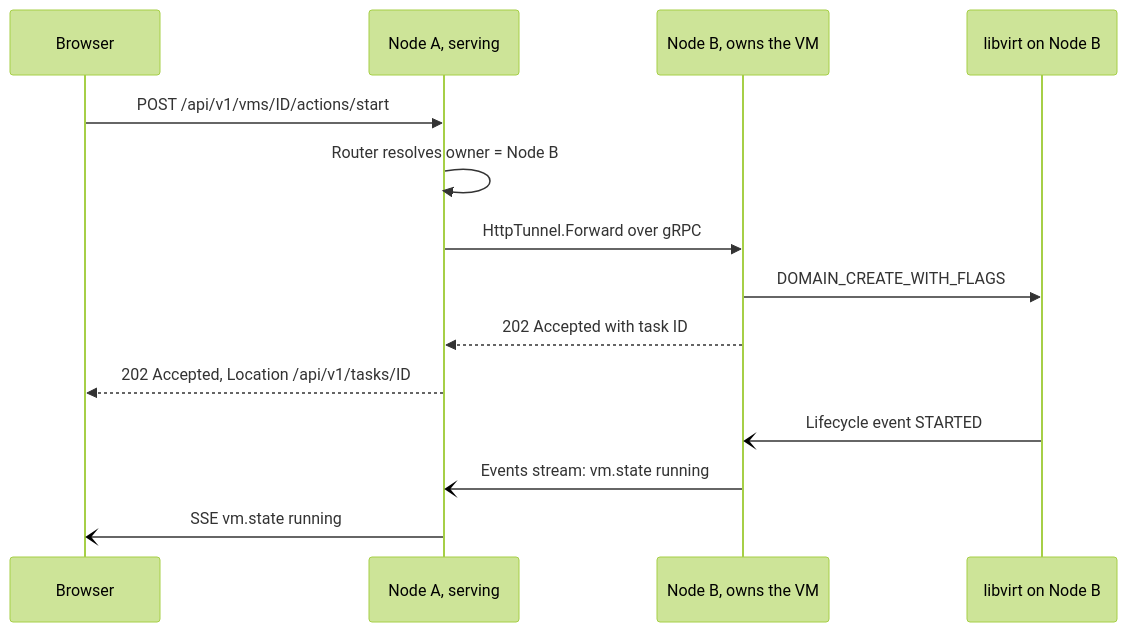
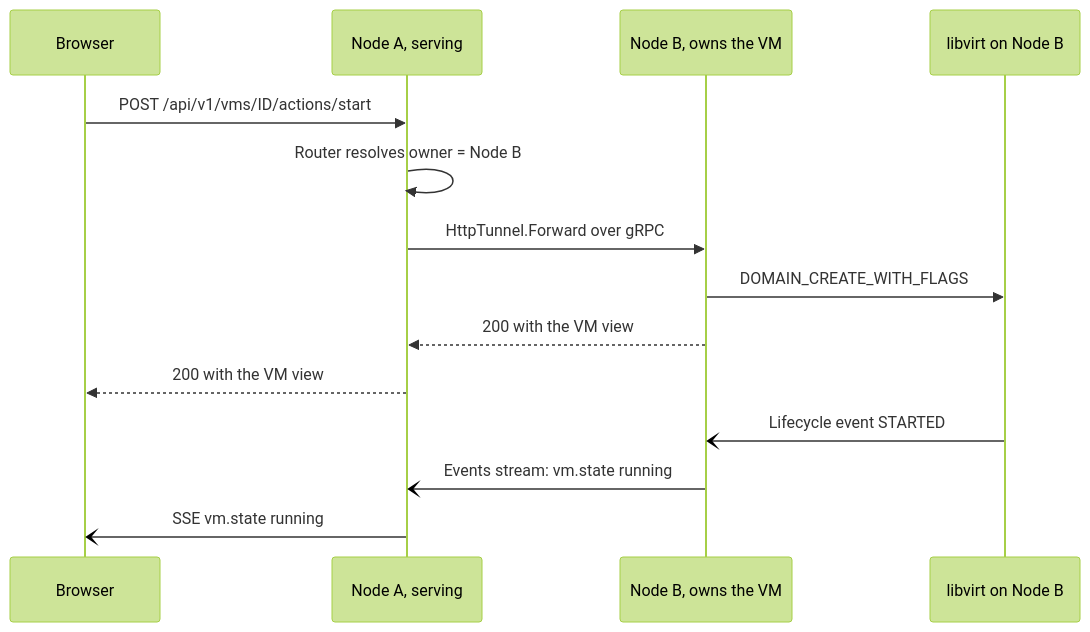
One commit to brenfwd/prism changed the second of 10 diagrams in docs/DESIGN.md. Above: the diagram before and after it, drawn with Mermaid (forest theme). The commit also changed other lines of this file and 2 other files, not shown here.

First line of the commit message:
Update API.md and reconcile DESIGN.md with the implementation

````diff
--- a/docs/DESIGN.md
+++ b/docs/DESIGN.md
@@ -98,16 +105,16 @@
 ```mermaid
 sequenceDiagram
     participant B as Browser
     participant A as Node A, serving
     participant O as Node B, owns the VM
     participant L as libvirt on Node B
     B->>A: POST /api/v1/vms/ID/actions/start
     A->>A: Router resolves owner = Node B
     A->>O: HttpTunnel.Forward over gRPC
     O->>L: DOMAIN_CREATE_WITH_FLAGS
-    O-->>A: 202 Accepted with task ID
-    A-->>B: 202 Accepted, Location /api/v1/tasks/ID
+    O-->>A: 200 with the VM view
+    A-->>B: 200 with the VM view
     L-)O: Lifecycle event STARTED
     O-)A: Events stream: vm.state running
     A-)B: SSE vm.state running
 ```
````
